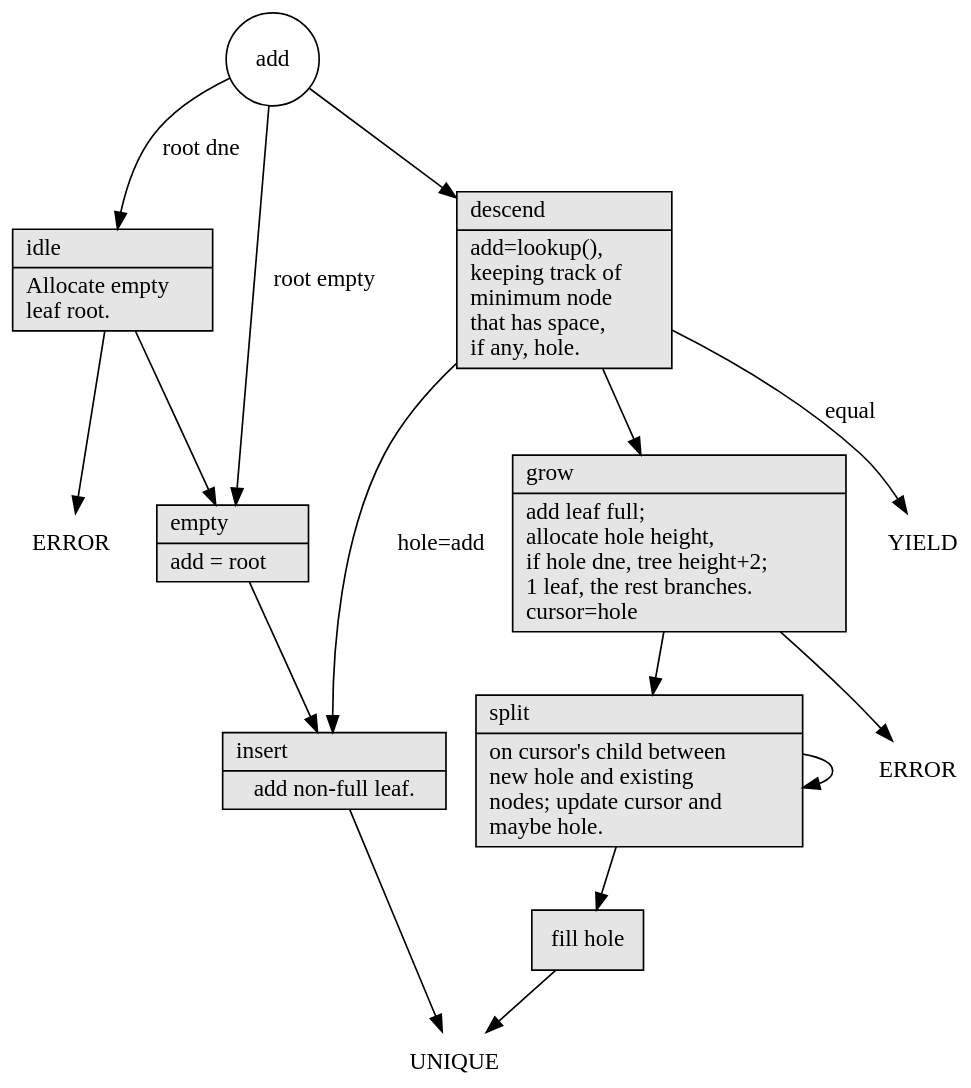
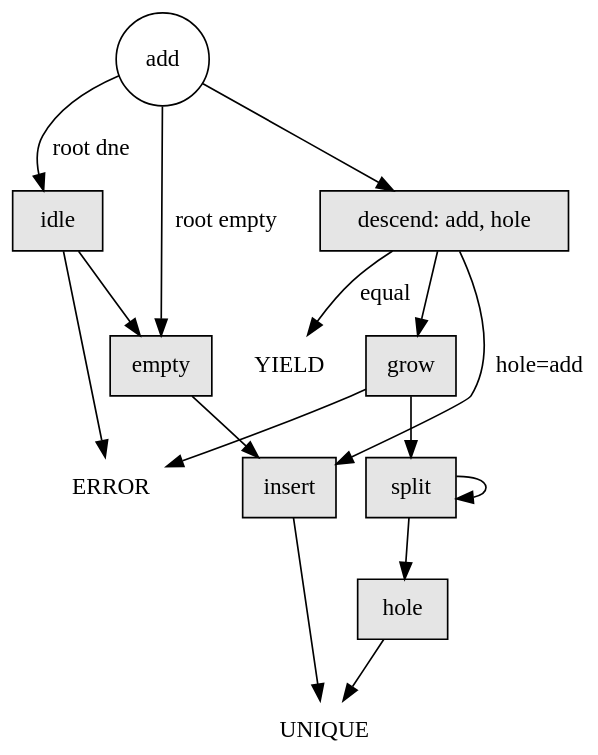
One commit to neil-edelman/boxes changed the diagram in doc/add.gv. Above: the diagram before and after it, drawn with Graphviz. The commit also changed 6 other files, not shown here.

```diff
--- a/doc/add.gv
+++ b/doc/add.gv
@@ -1,35 +1,27 @@
 digraph {
 	graph [truecolor=true, bgcolor=transparent, fontname="Bitstream Vera Sans"];
-	node [shape=record, style=filled, fontname="Bitstream Vera Sans", fillcolor="Grey90"];
+	node [shape=box, style=filled, fontname="Bitstream Vera Sans", fillcolor="Grey90"];
 	edge [fontname="Bitstream Vera Sans"];
 
 	add [shape=circle, style=none];
 
-	idle [label="{idle\l|Allocate empty\lleaf root.\l}"]
-	empty [label="{empty\l|add = root\l}"];
-	insert [label="{insert\l|add non-full leaf.}"];
-	descend [label="{descend\l|add=lookup(),\lkeeping track of\lminimum node\lthat has space,\lif any, hole.\l}"];
-	grow [label="{grow\l|add leaf full;\lallocate hole height,\lif hole dne, tree height+2;\l1 leaf, the rest branches.\lcursor=hole\l}"];
-	split [label="{split\l|on cursor's child between\lnew hole and existing\lnodes; update cursor and\lmaybe hole.\l}"];
-	hole [label="fill hole"];
-
 	error [label="ERROR", shape=none, style=none];
-	error2 [label="ERROR", shape=none, style=none];
 	unique [label="UNIQUE", shape=none, style=none];
 	yield [label="YIELD", shape=none, style=none];
+	descend [label="descend: add, hole"];
 
 	idle -> error;
 	add -> idle [label="root dne"];
 	add -> empty [label="root empty"];
 	add -> descend;
 	idle -> empty;
 	empty -> insert;
 	descend -> yield [label="equal"];
 	descend -> insert [label="hole=add"];
 	descend -> grow;
 	grow -> split;
-	grow -> error2;
+	grow -> error;
 	split -> split;
 	split -> hole -> unique;
 	insert -> unique;
 }
```
